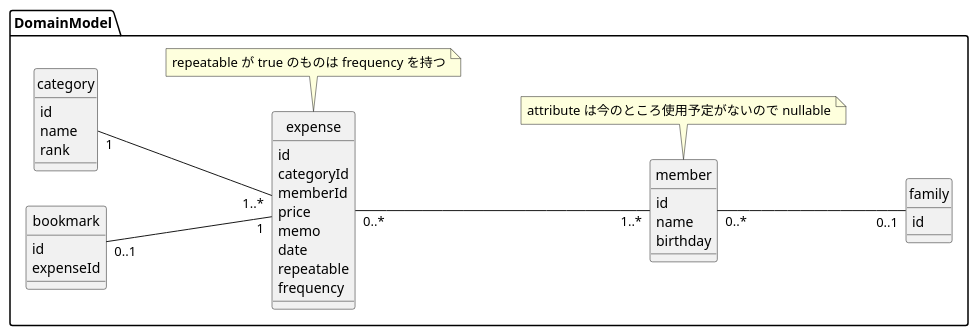
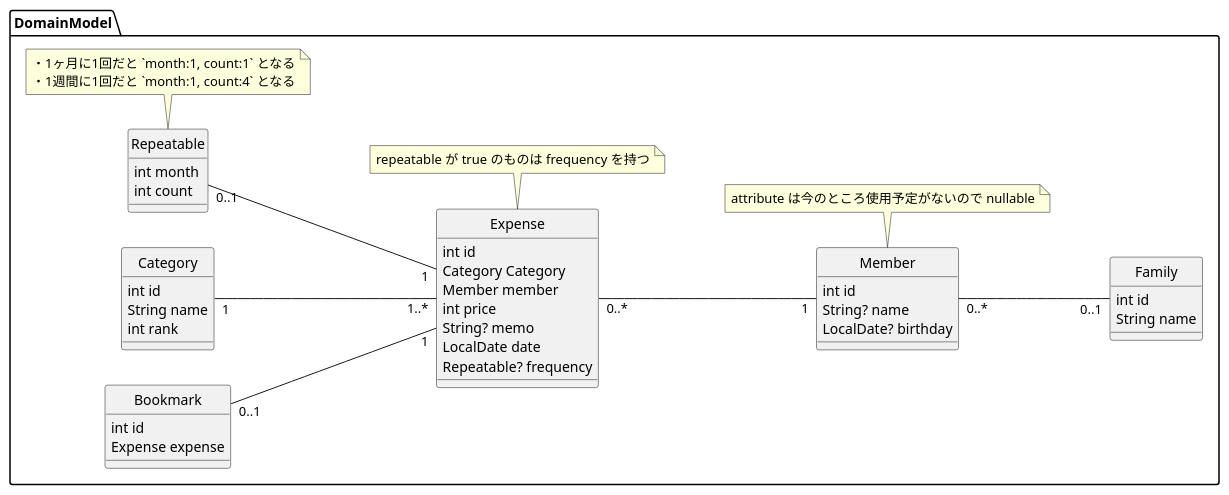
One commit to kiyotakeshi/household-expenses changed the diagram in docs/puml/domain_model.puml. Above: the diagram before and after it, drawn with PlantUML. The commit also changed 1 other file, not shown here.

Commit message:
#6 add er and fix domain model

```diff
--- a/docs/puml/domain_model.puml
+++ b/docs/puml/domain_model.puml
@@ -1,63 +1,73 @@
 @startuml
 'https://plantuml.com/class-diagram
 
 left to right direction
 
 hide circle
 'hide method
 
 package DomainModel {
 
-    class family {
-        id
+    class Family {
+        int id
+        String name
     }
 
-    class member {
-        id
-        name
-        birthday
+    class Member {
+        int id
+        String? name
+        LocalDate? birthday
     }
-    note bottom of member
+    note bottom of Member
         attribute は今のところ使用予定がないので nullable
     end note
 
-    class expense {
-        id
-        categoryId
-        memberId
+    class Expense {
+        int id
+        Category Category
+        Member member
 '        attachmentId
-        price
-        memo
-        date
-        repeatable
-        frequency
+        int price
+        String? memo
+        LocalDate date
+        Repeatable? frequency
     }
-    note bottom of expense
+    note bottom of Expense
         repeatable が true のものは frequency を持つ
+    end note
+
+    class Repeatable {
+        int month
+        int count
+    }
+    note bottom of Repeatable
+        ・1ヶ月に1回だと `month:1, count:1` となる
+        ・1週間に1回だと `month:1, count:4` となる
     end note
 
 ' 添付ファイルに固有の情報を持たせるかは検討
 '    class attachment {
 '        id
 '        content
 '    }
 
-    class category {
-        id
-        name
-        rank
+    class Category {
+        int id
+        String name
+        int rank
     }
 
-    class bookmark {
-        id
-        expenseId
+    class Bookmark {
+        int id
+        Expense expense
     }
 
     ' https://plantuml.com/ja/class-diagram#fbbc0504d940020e
-    member "0..*" -- "0..1" family
-    expense "0..*" -- "1..*" member
-    category "1" -- "1..*" expense
-    bookmark "0..1" -- "1" expense
+    Member "0..*" -- "0..1" Family
+    Expense "0..*" -- "1" Member
+    Category "1" -- "1..*" Expense
+    Bookmark "0..1" -- "1" Expense
+    Repeatable "0..1" -- "1" Expense
 }
 
 @enduml
```
